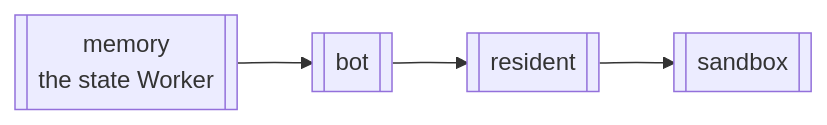
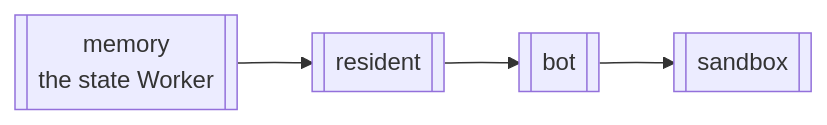
The third of 3 diagrams in docs/explanation/worker-topology.md (coreplanelabs/switchboard), drawn with Mermaid before and after one commit. The commit also changed other lines of this file and 55 other files, not shown here.

````diff
--- a/docs/explanation/worker-topology.md
+++ b/docs/explanation/worker-topology.md
@@ -93,4 +93,4 @@
 ```mermaid
 flowchart LR
-    W1[["memory<br/>the state Worker"]] --> W2[["bot"]] --> W3[["resident"]] --> W4[["sandbox"]]
+    W1[["memory<br/>the state Worker"]] --> W2[["resident"]] --> W3[["bot"]] --> W4[["sandbox"]]
 ```
````
